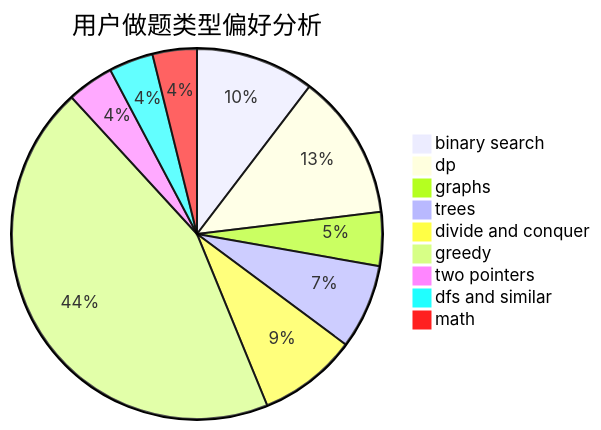
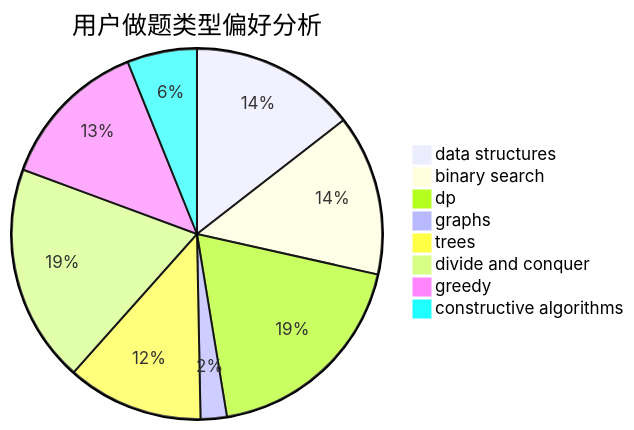
One commit to sherpahu/cfrs.github.io changed the second of 3 diagrams in docs/user/u254.md. Above: the diagram before and after it, drawn with Mermaid. The commit also changed other lines of this file and 2775 other files, not shown here.

````diff
--- a/docs/user/u254.md
+++ b/docs/user/u254.md
@@ -23,12 +23,11 @@
 ```mermaid
 pie title 用户做题类型偏好分析
-    "binary search" :  150
-    "dp" :  184
-    "graphs" :  68
-    "trees" :  107
+    "data structures" :  95
+    "binary search" :  92
+    "dp" :  124
+    "graphs" :  15
+    "trees" :  78
     "divide and conquer" :  125
-    "greedy" :  642
-    "two pointers" :  59
-    "dfs and similar" :  56
-    "math" :  56
+    "greedy" :  87
+    "constructive algorithms" :  40
 ```
````
